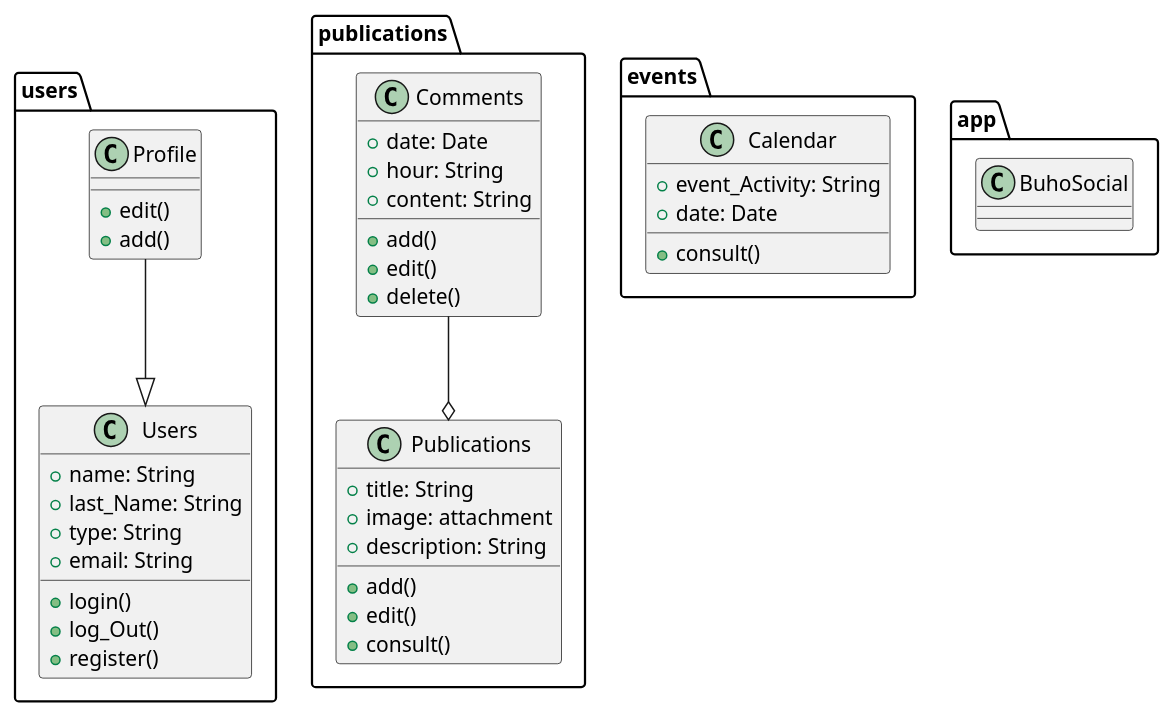
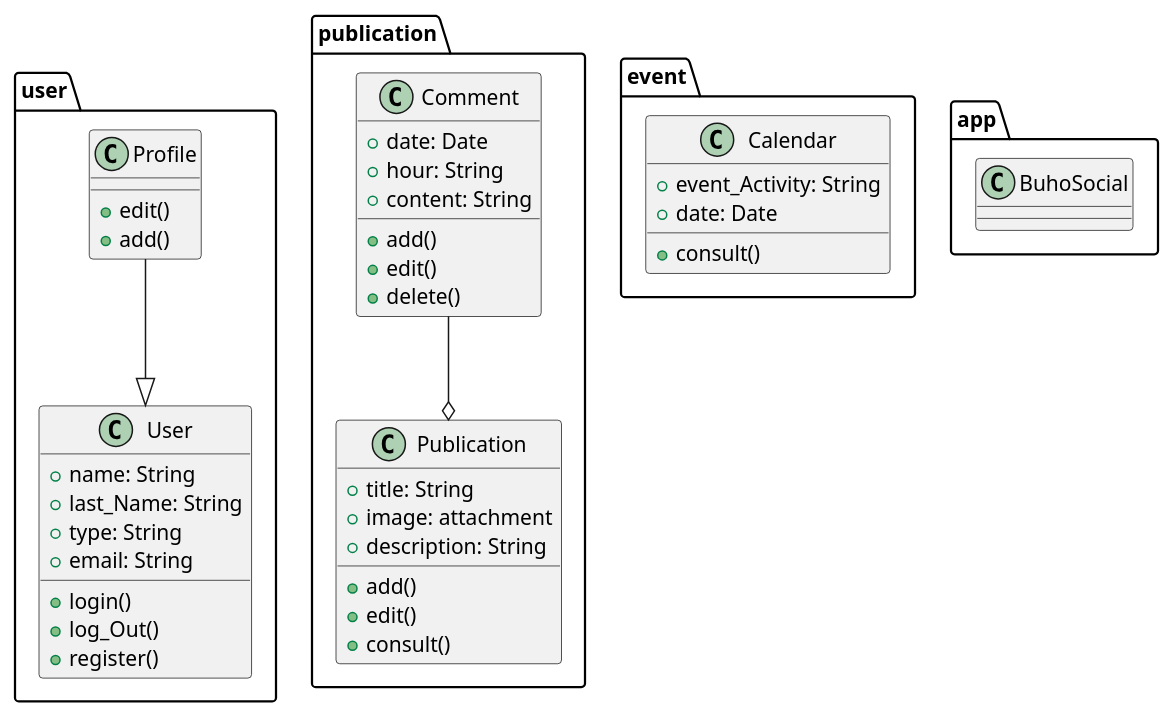
Before and after one commit to Dayannis-07/ING_SOFT: the diagram in docs/scenariosView/packageDiagramDescreption.plantuml, drawn with PlantUML. The commit also changed 5 other files, not shown here.

```diff
--- a/docs/scenariosView/packageDiagramDescreption.plantuml
+++ b/docs/scenariosView/packageDiagramDescreption.plantuml
@@ -1,55 +1,55 @@
-@startuml packageDiagram
+@startuml packageDiagramDescription
 
 allowmixing
 
-package users <<Folder>> {
-    class Users{
+package user <<Folder>> {
+    class User{
         +name: String
         +last_Name: String
         +type: String
         +email: String
         +login()
         +log_Out()
         +register()
     }
     class Profile{
         +edit()
         +add()
     }
 }
 
-package publications <<Folder>> {
-    class Publications{
+package publication <<Folder>> {
+    class Publication{
         +title: String
         +image: attachment
         +description: String
         +add()
         +edit()
         +consult()
     }
-    class Comments{
+    class Comment{
         +date: Date
         +hour: String
         +content: String
         +add()
         +edit()
         +delete()
     }
 }
 
-package events <<Folder>> {
+package event <<Folder>> {
     class Calendar{
         +event_Activity: String
         +date: Date
         +consult()
     }
 }
 
 package app <<Folder>> {
     class BuhoSocial{}
 }
 
-Profile --|> Users
-Comments --o Publications
+Profile --|> User
+Comment --o Publication
 
 @enduml
```
